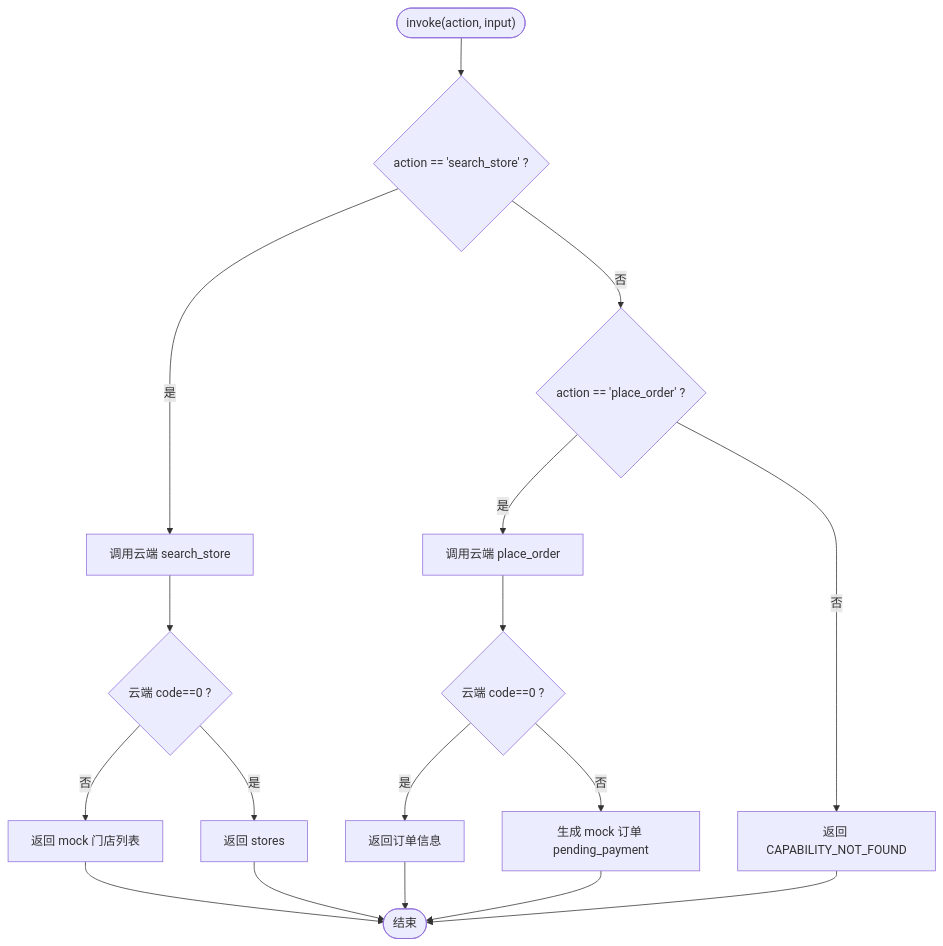
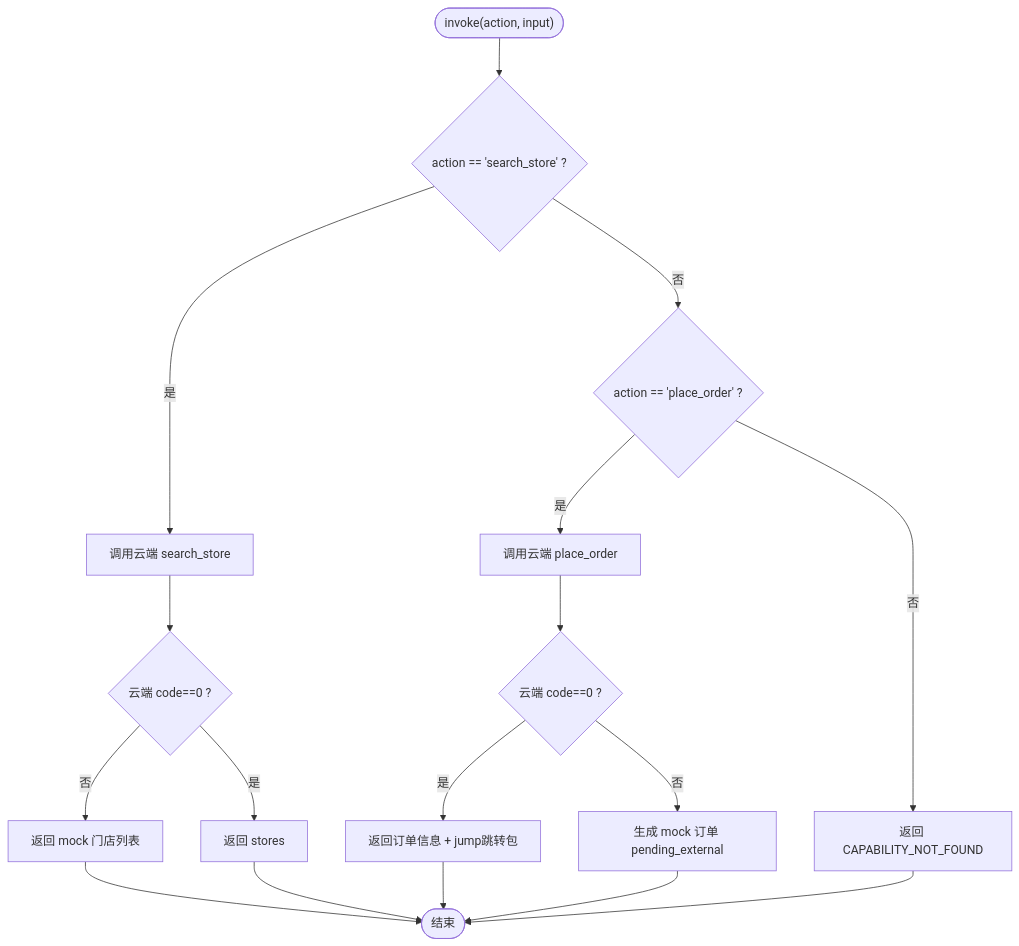
Before and after one commit to Ichi-Hackton/WAIC-WeChat-MiniProgram: the third of 8 diagrams in .qoder/repowiki/zh/content/SKILL系统/内置SKILL/内置SKILL.md, drawn with Mermaid. The commit also changed other lines of this file and 26 other files, not shown here.

````diff
--- a/.qoder/repowiki/zh/content/SKILL系统/内置SKILL/内置SKILL.md
+++ b/.qoder/repowiki/zh/content/SKILL系统/内置SKILL/内置SKILL.md
@@ -162,19 +212,19 @@
 ```mermaid
 flowchart TD
 Start(["invoke(action, input)"]) --> CheckAction{"action == 'search_store' ?"}
 CheckAction --> |是| DoSearch["调用云端 search_store"]
 CheckAction --> |否| CheckPlace{"action == 'place_order' ?"}
 CheckPlace --> |是| DoPlace["调用云端 place_order"]
 CheckPlace --> |否| ErrCap["返回 CAPABILITY_NOT_FOUND"]
 DoSearch --> SearchRes{"云端 code==0 ?"}
 SearchRes --> |是| ReturnSearch["返回 stores"]
 SearchRes --> |否| MockStores["返回 mock 门店列表"]
 DoPlace --> PlaceRes{"云端 code==0 ?"}
-PlaceRes --> |是| ReturnOrder["返回订单信息"]
-PlaceRes --> |否| MockOrder["生成 mock 订单 pending_payment"]
+PlaceRes --> |是| ReturnOrder["返回订单信息 + jump跳转包"]
+PlaceRes --> |否| MockOrder["生成 mock 订单 pending_external"]
 MockStores --> End(["结束"])
 ReturnSearch --> End
 ReturnOrder --> End
 MockOrder --> End
 ErrCap --> End
 ```
````
